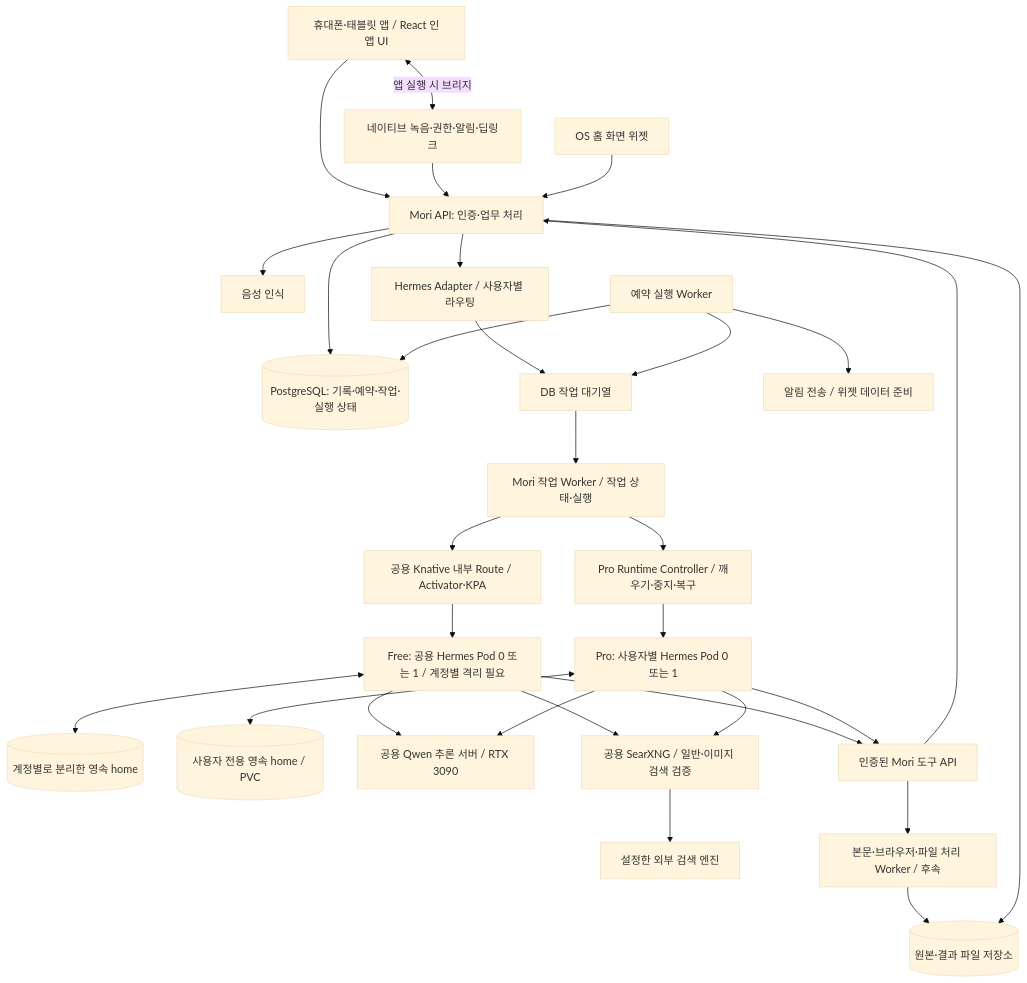
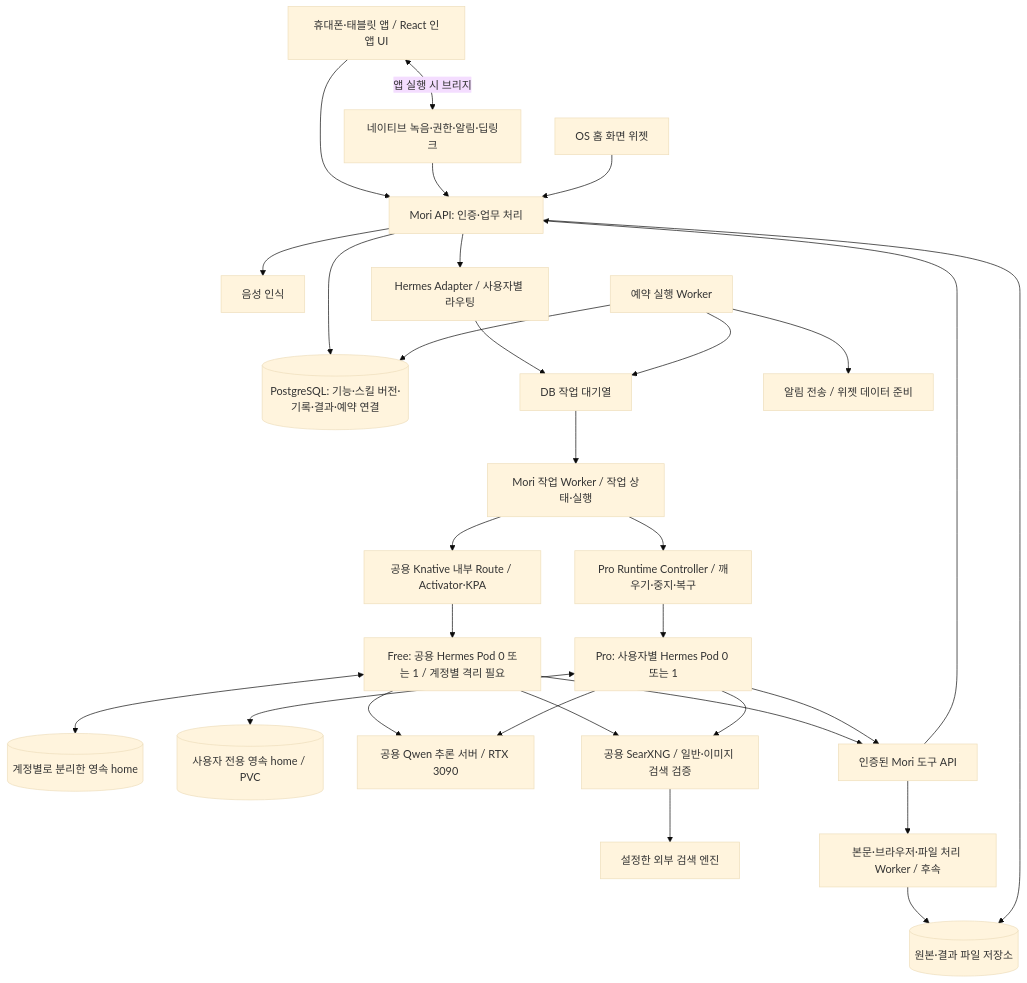
The second of 3 diagrams in architecture/plan.md (dong7314/mori), drawn with Mermaid (base theme) before and after one commit. The commit also changed other lines of this file and 4 other files, not shown here.

````diff
--- a/architecture/plan.md
+++ b/architecture/plan.md
@@ -66,32 +127,32 @@
 ```mermaid
 flowchart TD
     App[휴대폰·태블릿 앱 / React 인앱 UI] --> API[Mori API: 인증·업무 처리]
     App <-->|앱 실행 시 브리지| Native[네이티브 녹음·권한·알림·딥링크]
     Native --> API
     Widget[OS 홈 화면 위젯] --> API
-    API --> DB[(PostgreSQL: 기록·예약·작업·실행 상태)]
+    API --> DB[(PostgreSQL: 기능·스킬 버전·기록·결과·예약 연결)]
     API --> STT[음성 인식]
     API --> Router[Hermes Adapter / 사용자별 라우팅]
     Router --> Queue[DB 작업 대기열]
     Scheduler[예약 실행 Worker] --> DB
     Scheduler --> Queue
     Scheduler --> Notify[알림 전송 / 위젯 데이터 준비]
     Queue --> Worker[Mori 작업 Worker / 작업 상태·실행]
     Worker --> Route[공용 Knative 내부 Route / Activator·KPA]
     Route --> Shared[Free: 공용 Hermes Pod 0 또는 1 / 계정별 격리 필요]
     Worker --> Controller[Pro Runtime Controller / 깨우기·중지·복구]
     Controller --> Dedicated[Pro: 사용자별 Hermes Pod 0 또는 1]
     Shared <--> SharedHome[(계정별로 분리한 영속 home)]
     Dedicated <--> Home[(사용자 전용 영속 home / PVC)]
     Shared --> LLM[공용 Qwen 추론 서버 / RTX 3090]
     Dedicated --> LLM
     Shared --> Tools[인증된 Mori 도구 API]
     Dedicated --> Tools
     Tools --> API
     Shared --> Search[공용 SearXNG / 일반·이미지 검색 검증]
     Dedicated --> Search
     Search --> Engines[설정한 외부 검색 엔진]
     Tools --> Jobs[본문·브라우저·파일 처리 Worker / 후속]
     Jobs --> Files[(원본·결과 파일 저장소)]
     API --> Files
 ```
````
